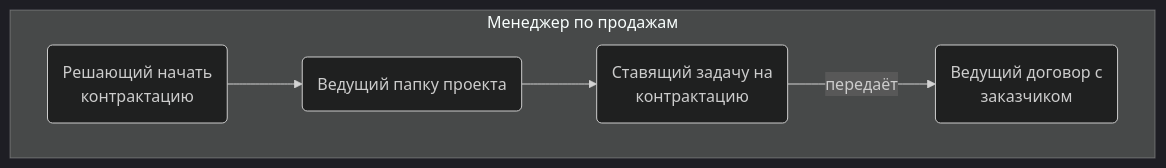
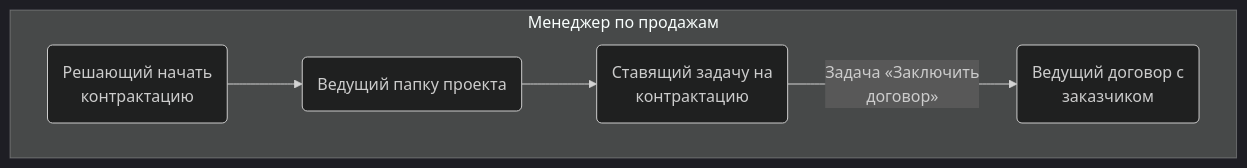
Before and after one commit to vlad78831457/orb-work: the third of 5 diagrams in inst/md-out/pro/r01-peredacha-v-kontraktatsiyu/index.md, drawn with Mermaid (dark theme). The commit also changed other lines of this file and 86 other files, not shown here.

````diff
--- a/inst/md-out/pro/r01-peredacha-v-kontraktatsiyu/index.md
+++ b/inst/md-out/pro/r01-peredacha-v-kontraktatsiyu/index.md
@@ -57,12 +57,12 @@
 ```mermaid
 flowchart TB
   subgraph r_prodazhi["Менеджер по продажам"]
     o_reshenie_kontraktatsiya("Решающий начать<br/>контрактацию")
     o_papka_proekta("Ведущий папку проекта")
     o_postanovka_kontraktatsii("Ставящий задачу на<br/>контрактацию")
     o_dogovor_s_zakazchikom("Ведущий договор с<br/>заказчиком")
   end
-  o_postanovka_kontraktatsii -->|передаёт| o_dogovor_s_zakazchikom
+  o_postanovka_kontraktatsii -->|"Задача «Заключить<br/>договор»"| o_dogovor_s_zakazchikom
   o_reshenie_kontraktatsiya --> o_papka_proekta
   o_papka_proekta --> o_postanovka_kontraktatsii
 ```
````
